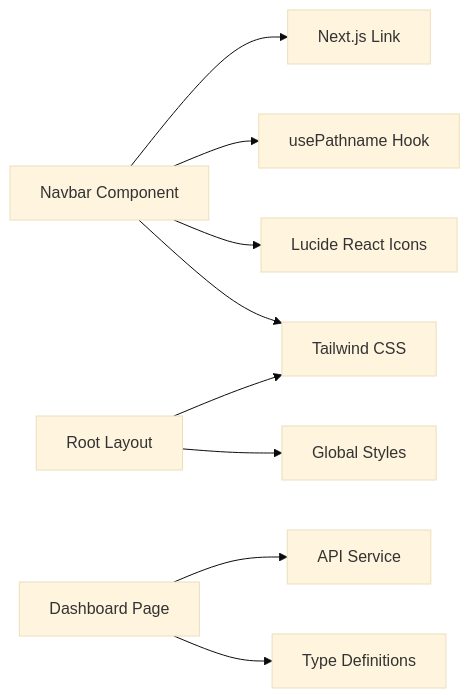
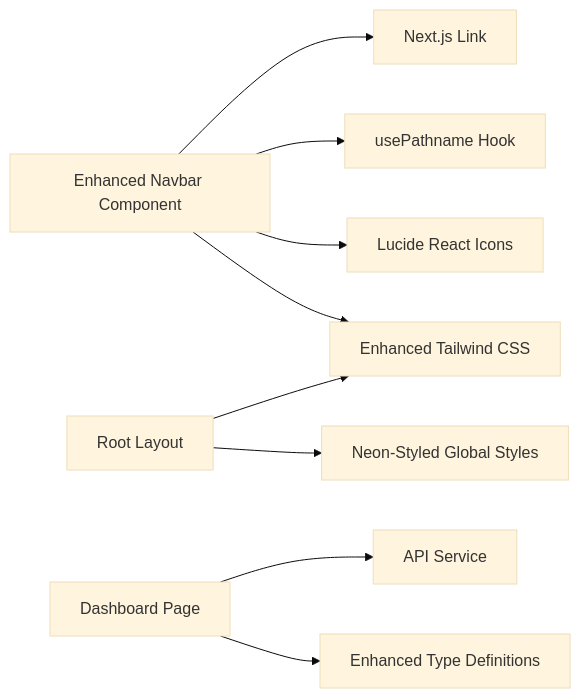
Before and after one commit to Anmo07/Friday: the fourth of 4 diagrams in .qoder/repowiki/en/content/Frontend Interface/Navigation System.md, drawn with Mermaid (base theme). The commit also changed other lines of this file and 931 other files, not shown here.

Commit message:
feat: update dashboard page and regenerate next.js standalone build artifacts

````diff
--- a/.qoder/repowiki/en/content/Frontend Interface/Navigation System.md
+++ b/.qoder/repowiki/en/content/Frontend Interface/Navigation System.md
@@ -286,11 +316,11 @@
 ```mermaid
 graph LR
-Navbar["Navbar Component"] --> NextLink["Next.js Link"]
-Navbar --> Pathname["usePathname Hook"]
-Navbar --> Icons["Lucide React Icons"]
-Navbar --> Tailwind["Tailwind CSS"]
-Layout["Root Layout"] --> Globals["Global Styles"]
+EnhancedNavbar["Enhanced Navbar Component"] --> NextLink["Next.js Link"]
+EnhancedNavbar --> Pathname["usePathname Hook"]
+EnhancedNavbar --> Icons["Lucide React Icons"]
+EnhancedNavbar --> Tailwind["Enhanced Tailwind CSS"]
+Layout["Root Layout"] --> Globals["Neon-Styled Global Styles"]
 Layout --> Tailwind
 Dashboard["Dashboard Page"] --> API["API Service"]
-Dashboard --> Types["Type Definitions"]
+Dashboard --> Types["Enhanced Type Definitions"]
 ```
````
